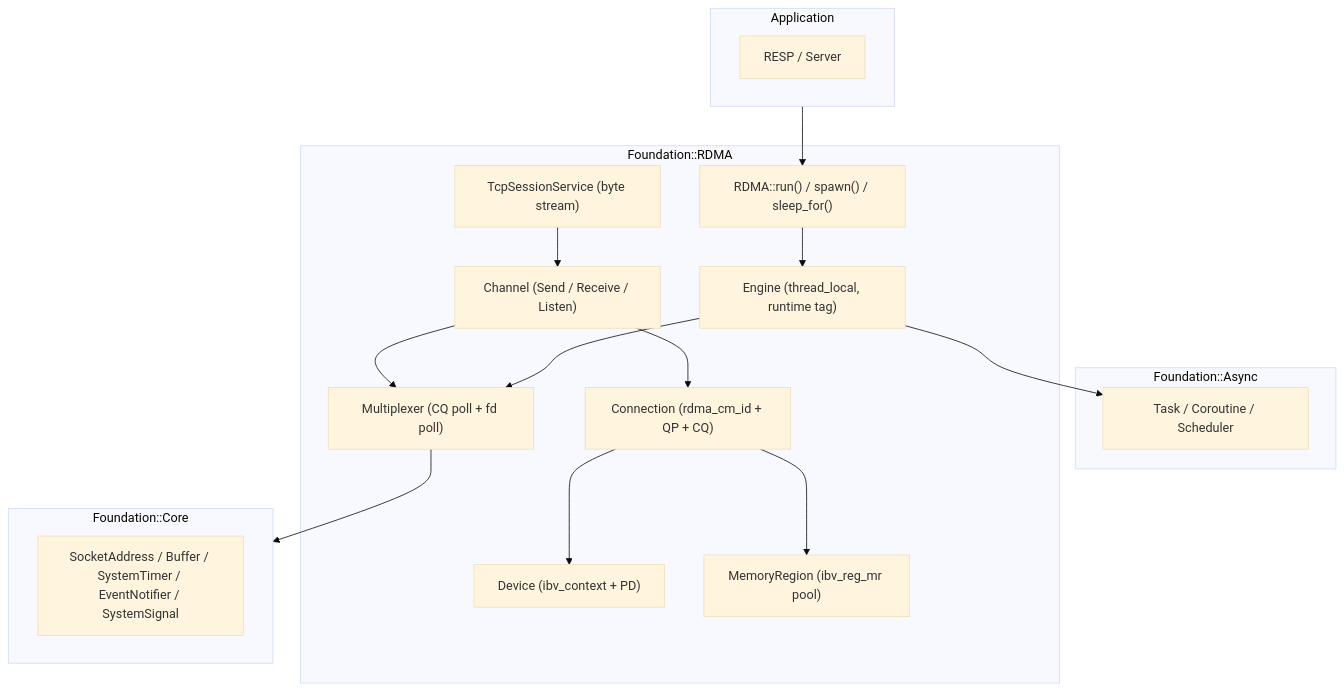
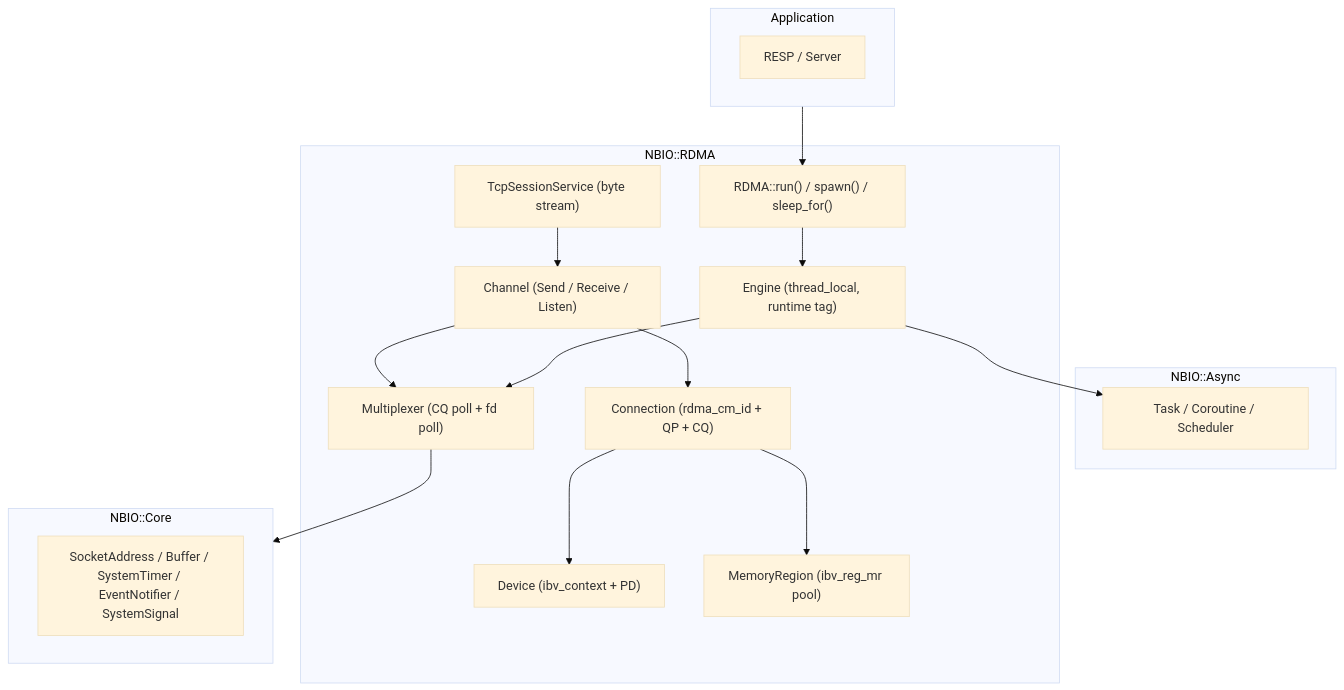
One commit to UserNameUnavailableIsUnavailable/KVStore changed the first of 4 diagrams in Documentation/RDMA.md. Above: the diagram before and after it, drawn with Mermaid (base theme). The commit also changed other lines of this file and 301 other files, not shown here.

````diff
--- a/Documentation/RDMA.md
+++ b/Documentation/RDMA.md
@@ -134,36 +134,36 @@
 ```mermaid
 flowchart TD
     subgraph App["Application"]
         RESP["RESP / Server"]
     end
 
-    subgraph Sync["Foundation::Async"]
+    subgraph Sync["NBIO::Async"]
         T["Task / Coroutine / Scheduler"]
     end
 
-    subgraph RDMA["Foundation::RDMA"]
+    subgraph RDMA["NBIO::RDMA"]
         RUN["RDMA::run() / spawn() / sleep_for()"]
         ENG["Engine (thread_local, runtime tag)"]
         MUX["Multiplexer (CQ poll + fd poll)"]
         CH["Channel (Send / Receive / Listen)"]
         CONN["Connection (rdma_cm_id + QP + CQ)"]
         DEV["Device (ibv_context + PD)"]
         MEM["MemoryRegion (ibv_reg_mr pool)"]
         SESS["TcpSessionService (byte stream)"]
     end
 
-    subgraph Core["Foundation::Core"]
+    subgraph Core["NBIO::Core"]
         ADDR["SocketAddress / Buffer / SystemTimer / EventNotifier / SystemSignal"]
     end
 
     App --> RUN
     RUN --> ENG
     SESS --> CH
     CH --> CONN
     CH --> MUX
     CONN --> DEV
     CONN --> MEM
     ENG --> MUX
     ENG --> T
     MUX --> Core
 ```
````
